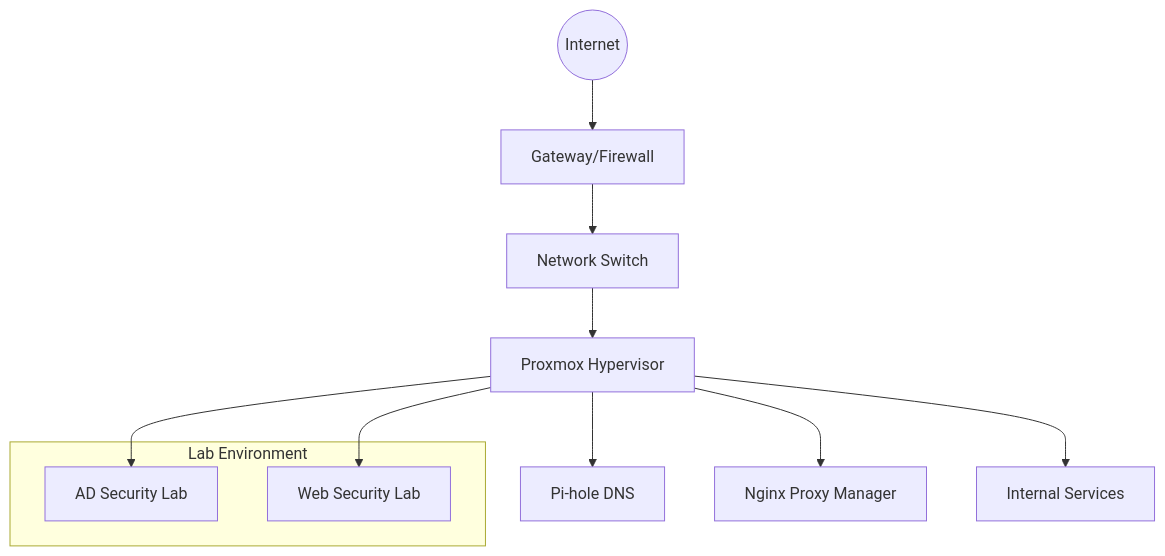
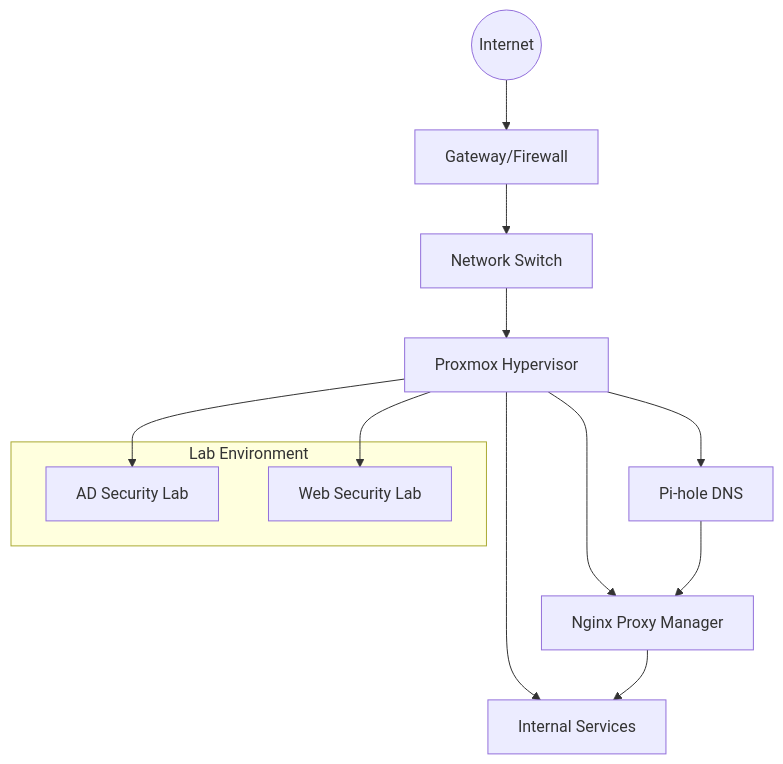
The diagram in docs/homelab/index.md (mariotorrestech/mariotorrestech.github.io), drawn with Mermaid before and after one commit.

Commit message:
Update DNS-Proxy logic

````diff
--- a/docs/homelab/index.md
+++ b/docs/homelab/index.md
@@ -28,18 +28,20 @@
 ```mermaid
 graph TD
     INTERNET((Internet)) --> ROUTER[Gateway/Firewall]
     ROUTER --> SWITCH[Network Switch]
     SWITCH --> PROXMOX[Proxmox Hypervisor]
 
     PROXMOX --> DNS[Pi-hole DNS]
     PROXMOX --> PROXY[Nginx Proxy Manager]
     PROXMOX --> SERVICES[Internal Services]
 
+    DNS --> PROXY --> SERVICES
+
     subgraph Lab Environment
         ADLAB[AD Security Lab]
         WEBLAB[Web Security Lab]
     end
 
     PROXMOX --> ADLAB
     PROXMOX --> WEBLAB
 ```
````
